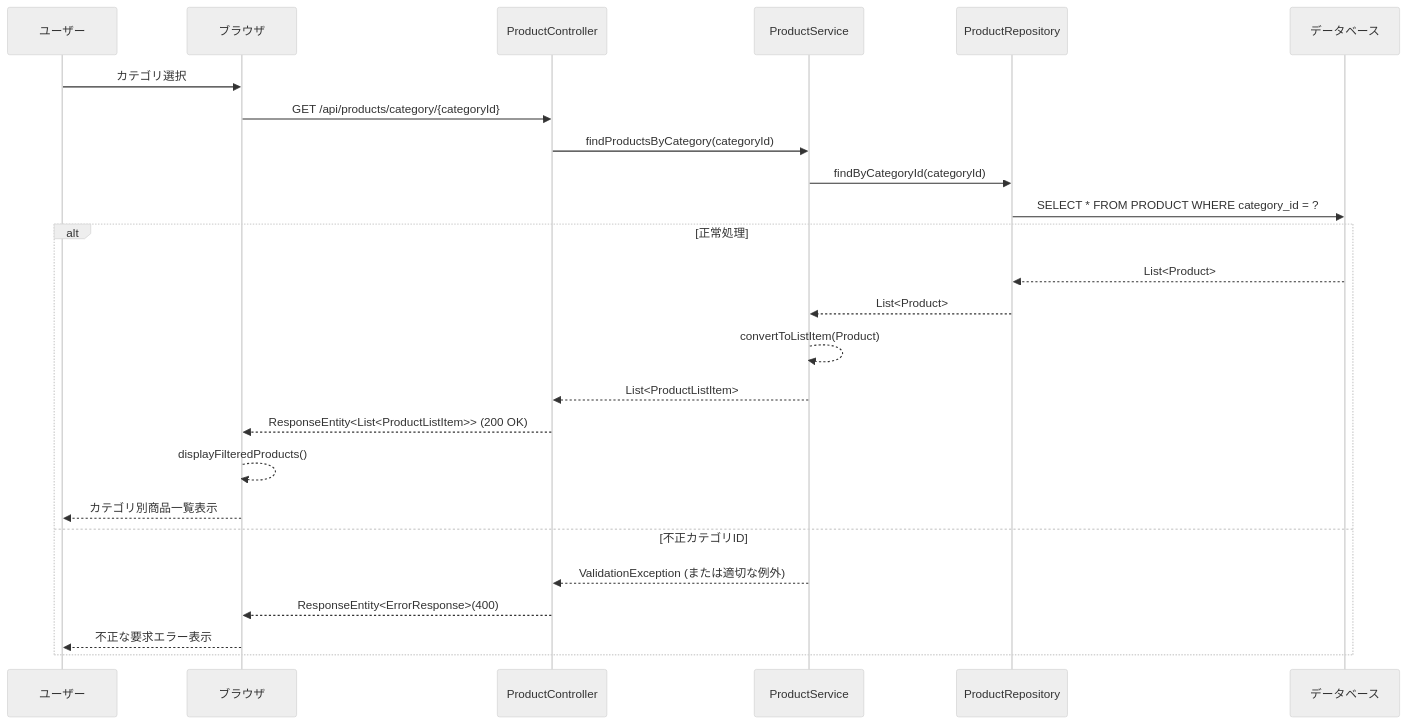
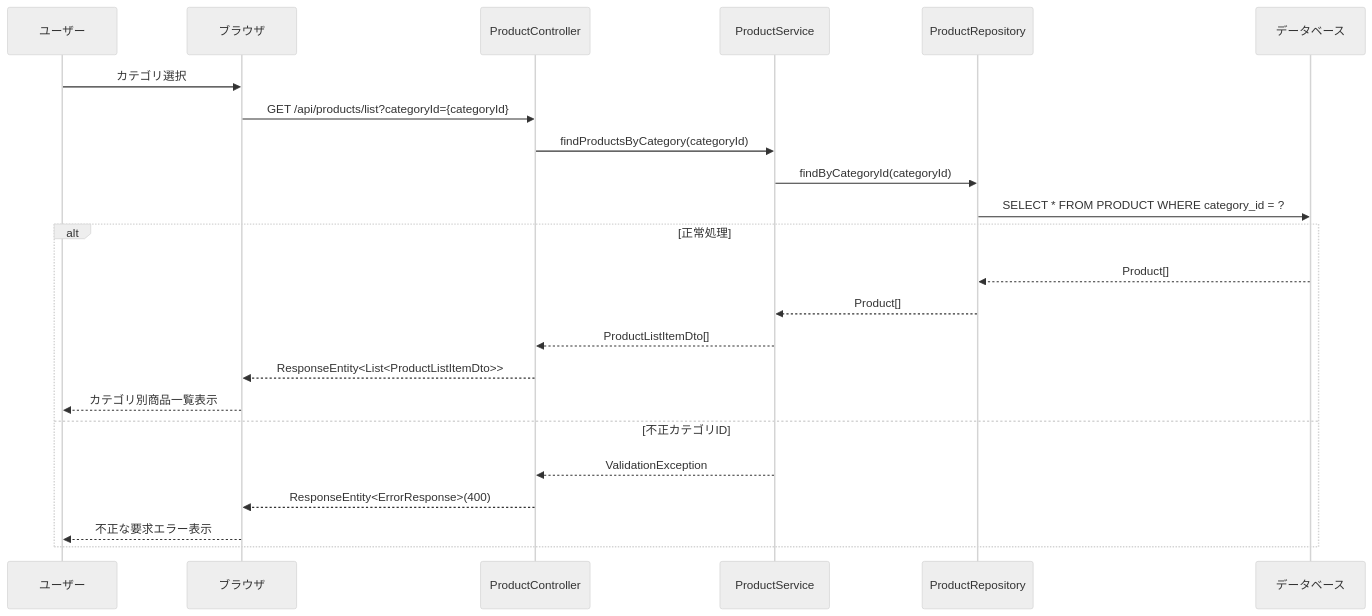
Before and after one commit to shogomaeda758/Bacon: the third of 22 diagrams in 詳細設計/詳細設計書_v3.md, drawn with Mermaid (neutral theme). The commit also changed other lines of this file, not shown here.

````diff
--- a/詳細設計/詳細設計書_v3.md
+++ b/詳細設計/詳細設計書_v3.md
@@ -173,29 +173,27 @@
 ```mermaid
 sequenceDiagram
     participant U as ユーザー
     participant B as ブラウザ
     participant PC as ProductController
     participant PS as ProductService
     participant PR as ProductRepository
     participant DB as データベース
 
     U->>B: カテゴリ選択
-    B->>PC: GET /api/products/category/{categoryId}
+    B->>PC: GET /api/products/list?categoryId={categoryId}
     PC->>PS: findProductsByCategory(categoryId)
     PS->>PR: findByCategoryId(categoryId)
     PR->>DB: SELECT * FROM PRODUCT WHERE category_id = ?
     
     alt 正常処理
-        DB-->>PR: List<Product>
-        PR-->>PS: List<Product>
-        PS-->>PS: convertToListItem(Product)
-        PS-->>PC: List<ProductListItem>
-        PC-->>B: ResponseEntity<List<ProductListItem>> (200 OK)
-        B-->>B: displayFilteredProducts()
+        DB-->>PR: Product[]
+        PR-->>PS: Product[]
+        PS-->>PC: ProductListItemDto[]
+        PC-->>B: ResponseEntity<List<ProductListItemDto>>
         B-->>U: カテゴリ別商品一覧表示
     else 不正カテゴリID
-        PS-->>PC: ValidationException (または適切な例外)
+        PS-->>PC: ValidationException
         PC-->>B: ResponseEntity<ErrorResponse>(400)
         B-->>U: 不正な要求エラー表示
     end
 ```
````
